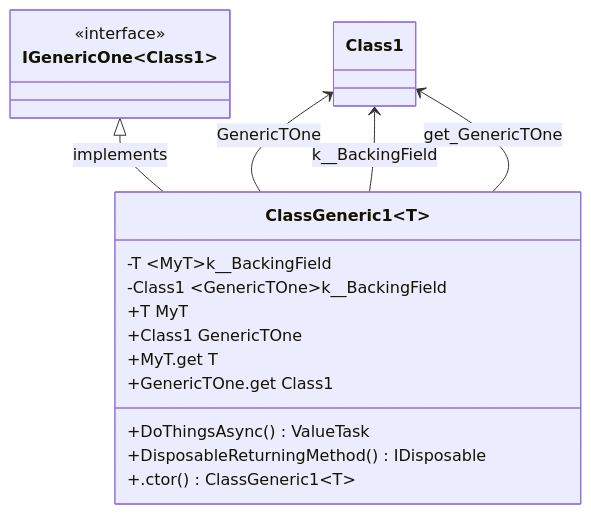
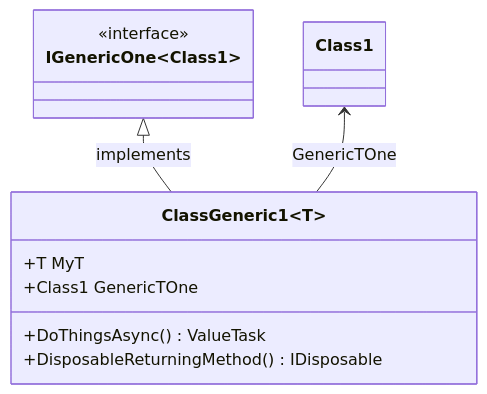
One commit to erichiller/gh-action-cs-metrics changed the third of 7 diagrams in test/SampleProject/CODE_METRICS.md. Above: the diagram before and after it, drawn with Mermaid. The commit also changed other lines of this file and 1 other file, not shown here.

Commit message:
Use GetMembers(), filter where applicable

````diff
--- a/test/SampleProject/CODE_METRICS.md
+++ b/test/SampleProject/CODE_METRICS.md
@@ -269,34 +245,21 @@
 ```mermaid
 %%{init: {
     'fontFamily': 'monospace'
 } }%%
 classDiagram
 SomeRoot_SampleProject_IGenericOne_SomeRoot_SampleProject_Class1_ <|-- SomeRoot_SampleProject_ClassGeneric1_T_ : implements
 class SomeRoot_SampleProject_IGenericOne_SomeRoot_SampleProject_Class1_ ["IGenericOne&lt;Class1&gt;"] {
     <<interface>>
 }
 SomeRoot_SampleProject_Class1 <-- SomeRoot_SampleProject_ClassGeneric1_T_ : GenericTOne
 class SomeRoot_SampleProject_Class1 ["Class1"] {
     
 }
-SomeRoot_SampleProject_Class1 <-- SomeRoot_SampleProject_ClassGeneric1_T_ : <GenericTOne>k__BackingField
-class SomeRoot_SampleProject_Class1 ["Class1"] {
-    
-}
-SomeRoot_SampleProject_Class1 <-- SomeRoot_SampleProject_ClassGeneric1_T_ : get_GenericTOne
-class SomeRoot_SampleProject_Class1 ["Class1"] {
-    
-}
 class SomeRoot_SampleProject_ClassGeneric1_T_ ["ClassGeneric1&lt;T&gt;"] {
-    -T &lt;MyT&gt;k__BackingField
-    -Class1 &lt;GenericTOne&gt;k__BackingField
     +T MyT
     +Class1 GenericTOne
     +DoThingsAsync() ValueTask
     +DisposableReturningMethod() IDisposable
-    +MyT.get T
-    +GenericTOne.get Class1
-    +.ctor() ClassGeneric1&lt;T&gt;
 }
 
 ```
````
